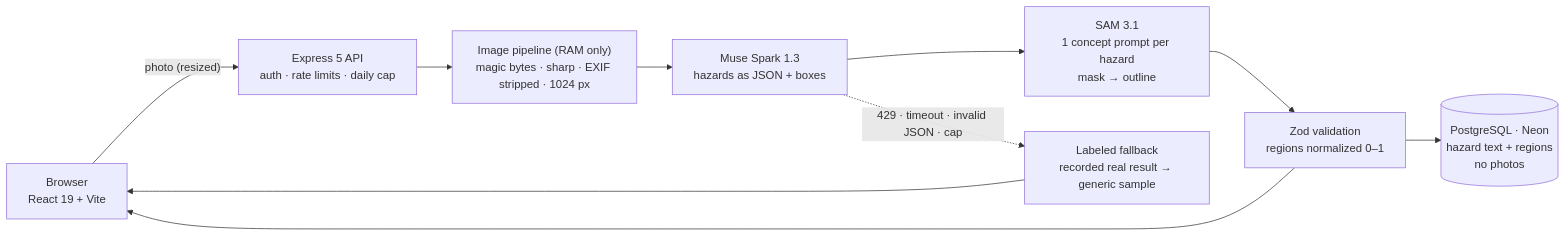
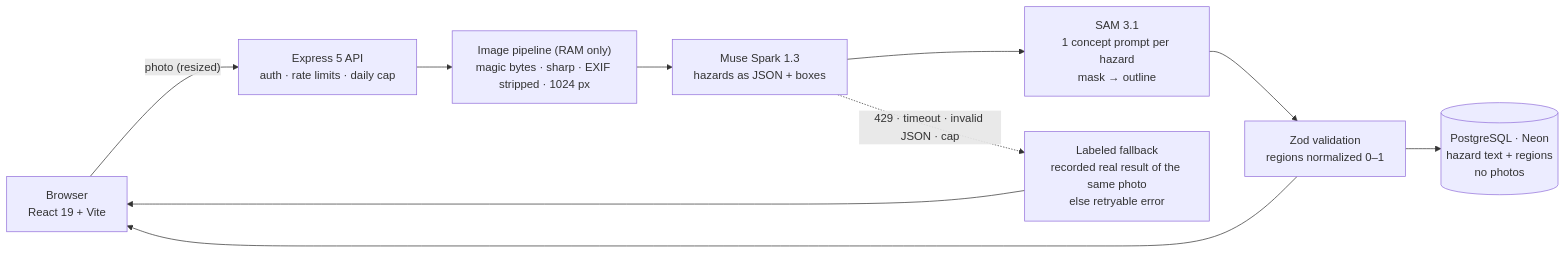
One commit to KarlaPocasangre/aegis-home changed the diagram in README.md. Above: the diagram before and after it, drawn with Mermaid. The commit also changed other lines of this file and 9 other files, not shown here.

Commit message:
fix(ai): show a retryable error instead of another room's sample

````diff
--- a/README.md
+++ b/README.md
@@ -97,12 +97,12 @@
 ```mermaid
 flowchart LR
     U["Browser<br/>React 19 + Vite"] -- "photo (resized)" --> A["Express 5 API<br/>auth · rate limits · daily cap"]
     A --> P["Image pipeline (RAM only)<br/>magic bytes · sharp · EXIF stripped · 1024 px"]
     P --> S["Muse Spark 1.3<br/>hazards as JSON + boxes"]
     S --> M["SAM 3.1<br/>1 concept prompt per hazard<br/>mask → outline"]
     M --> V["Zod validation<br/>regions normalized 0–1"]
     V --> D[("PostgreSQL · Neon<br/>hazard text + regions<br/>no photos")]
     V --> U
-    S -. "429 · timeout · invalid JSON · cap" .-> F["Labeled fallback<br/>recorded real result → generic sample"]
+    S -. "429 · timeout · invalid JSON · cap" .-> F["Labeled fallback<br/>recorded real result of the same photo<br/>else retryable error"]
     F --> U
 ```
````
